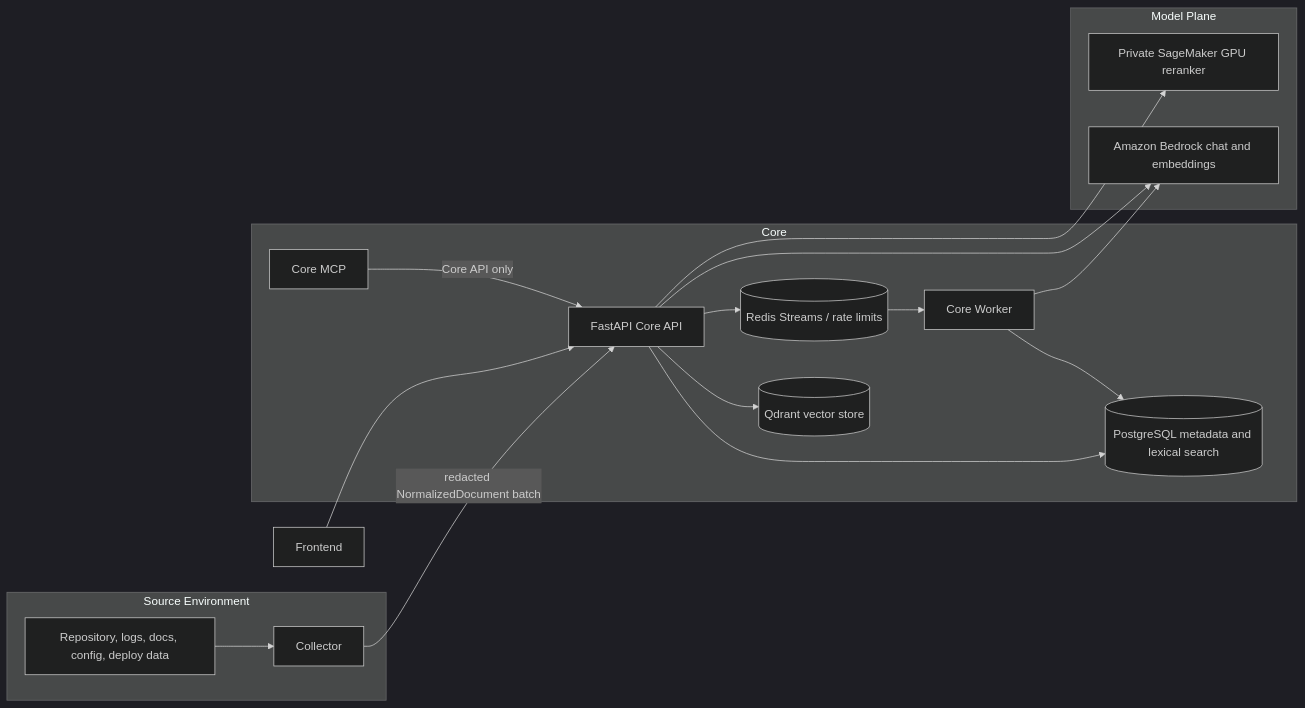
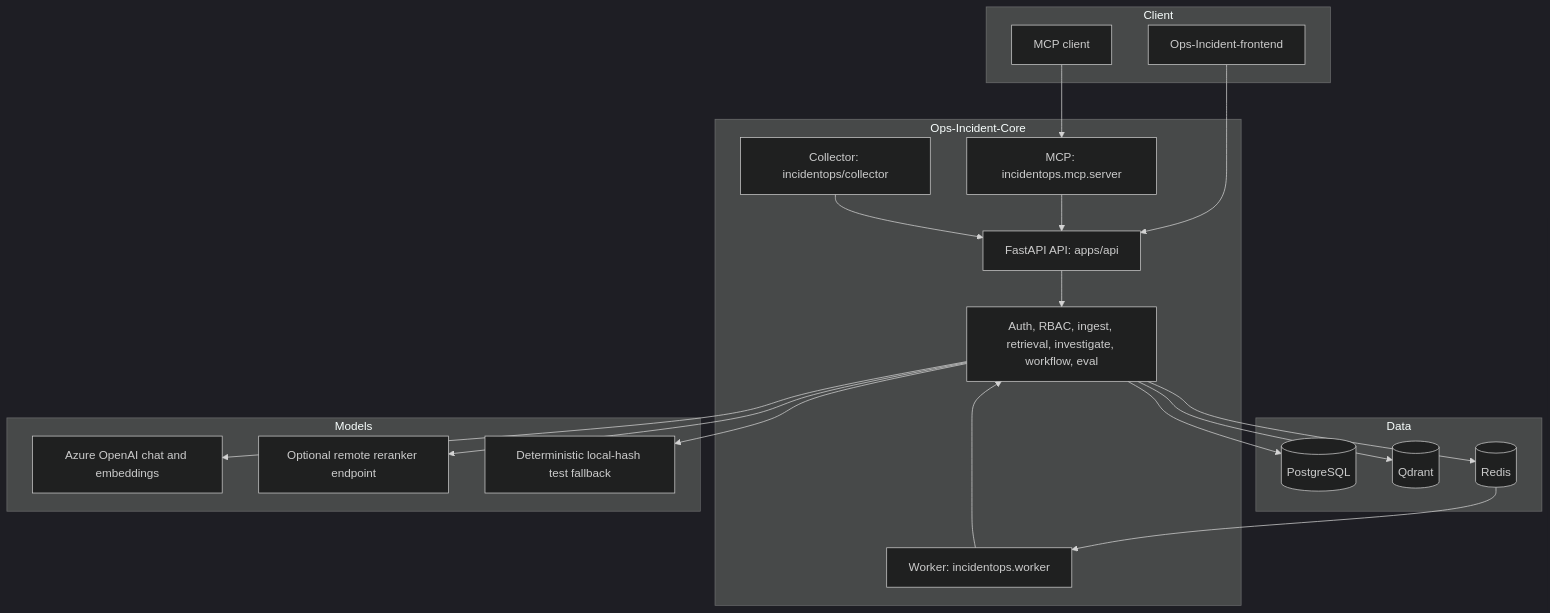
Before and after one commit to Auro-rium/Ops-Incident-Core: the first of 3 diagrams in technical.md, drawn with Mermaid (dark theme). The commit also changed other lines of this file and 91 other files, not shown here.

Commit message:
Finalize Azure V2 architecture and cleanup

````diff
--- a/technical.md
+++ b/technical.md
@@ -55,31 +11,37 @@
-```mermaid
-flowchart LR
-  subgraph Source Environment
-    R[Repository, logs, docs, config, deploy data]
-    C[Collector]
+~~~mermaid
+flowchart TB
+  subgraph Client
+    FE[Ops-Incident-frontend]
+    MCP[MCP client]
   end
-  subgraph Core
-    API[FastAPI Core API]
-    W[Core Worker]
-    PG[(PostgreSQL metadata and lexical search)]
-    QD[(Qdrant vector store)]
-    RS[(Redis Streams / rate limits)]
-    MCP[Core MCP]
+  subgraph Core[Ops-Incident-Core]
+    API[FastAPI API: apps/api]
+    COL[Collector: incidentops/collector]
+    WORKER[Worker: incidentops.worker]
+    MCP_SERVER[MCP: incidentops.mcp.server]
+    DOMAIN[Auth, RBAC, ingest, retrieval, investigate, workflow, eval]
   end
-  subgraph Model Plane
-    BR[Amazon Bedrock chat and embeddings]
-    SM[Private SageMaker GPU reranker]
+  subgraph Data
+    PG[(PostgreSQL)]
+    QD[(Qdrant)]
+    REDIS[(Redis)]
   end
-  UI[Frontend] --> API
-  R --> C
-  C -->|redacted NormalizedDocument batch| API
-  API --> PG
-  API --> QD
-  API --> RS
-  RS --> W
-  W --> PG
-  W --> BR
-  API --> BR
-  API --> SM
-  MCP -->|Core API only| API
-```
+  subgraph Models
+    AZURE[Azure OpenAI chat and embeddings]
+    REMOTE[Optional remote reranker endpoint]
+    LOCAL[Deterministic local-hash test fallback]
+  end
+  FE --> API
+  MCP --> MCP_SERVER
+  MCP_SERVER --> API
+  COL --> API
+  API --> DOMAIN
+  DOMAIN --> PG
+  DOMAIN --> QD
+  DOMAIN --> REDIS
+  REDIS --> WORKER
+  WORKER --> DOMAIN
+  DOMAIN --> AZURE
+  DOMAIN --> REMOTE
+  DOMAIN --> LOCAL
+~~~
````
